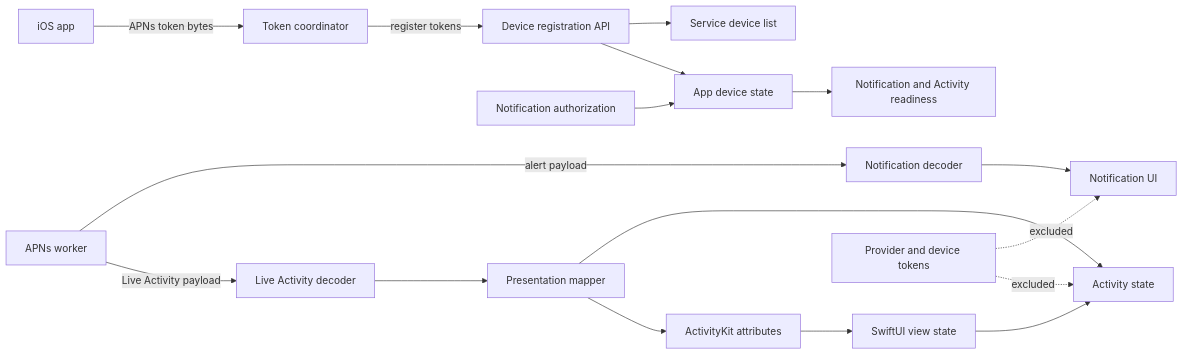
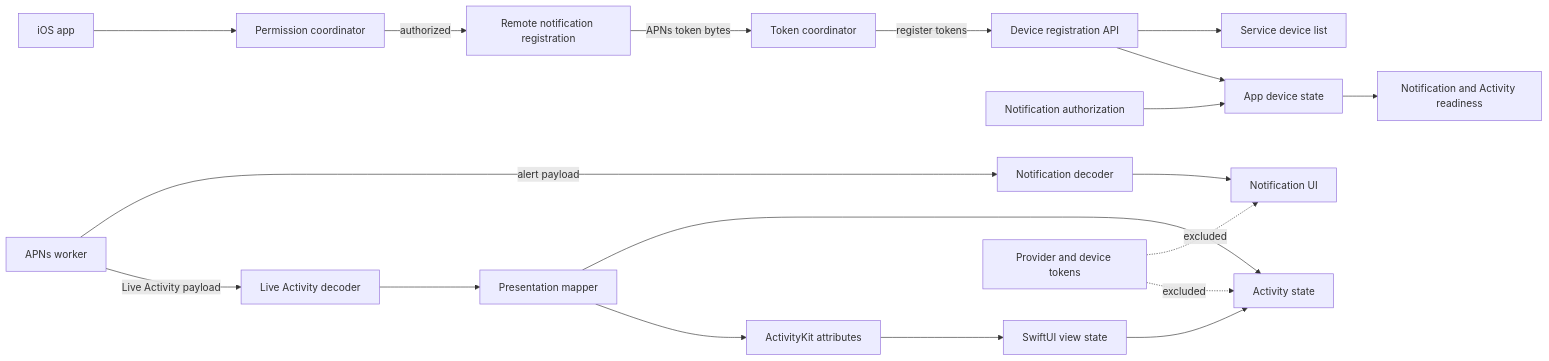
Before and after one commit to dotbrains/beam: the diagram in docs/ios.md, drawn with Mermaid. The commit also changed other lines of this file and 2 other files, not shown here.

Commit message:
feat: coordinate iOS notification permission

````diff
--- a/docs/ios.md
+++ b/docs/ios.md
@@ -8,19 +8,21 @@
 ```mermaid
 flowchart LR
-  app[iOS app] -->|APNs token bytes| coordinator[Token coordinator]
+  app[iOS app] --> permissionFlow[Permission coordinator]
+  permissionFlow -->|authorized| remote[Remote notification registration]
+  remote -->|APNs token bytes| coordinator[Token coordinator]
   coordinator -->|register tokens| api[Device registration API]
   api --> service[Service device list]
   api --> deviceState[App device state]
   permission[Notification authorization] --> deviceState
   deviceState --> routing[Notification and Activity readiness]
   worker[APNs worker] -->|alert payload| notification[Notification decoder]
   worker -->|Live Activity payload| activity[Live Activity decoder]
   notification --> ui[Notification UI]
   activity --> presentation[Presentation mapper]
   presentation --> live[Activity state]
   presentation --> attributes[ActivityKit attributes]
   attributes --> viewState[SwiftUI view state]
   viewState --> live
   secrets[Provider and device tokens] -. excluded .-> ui
   secrets -. excluded .-> live
 ```
````
